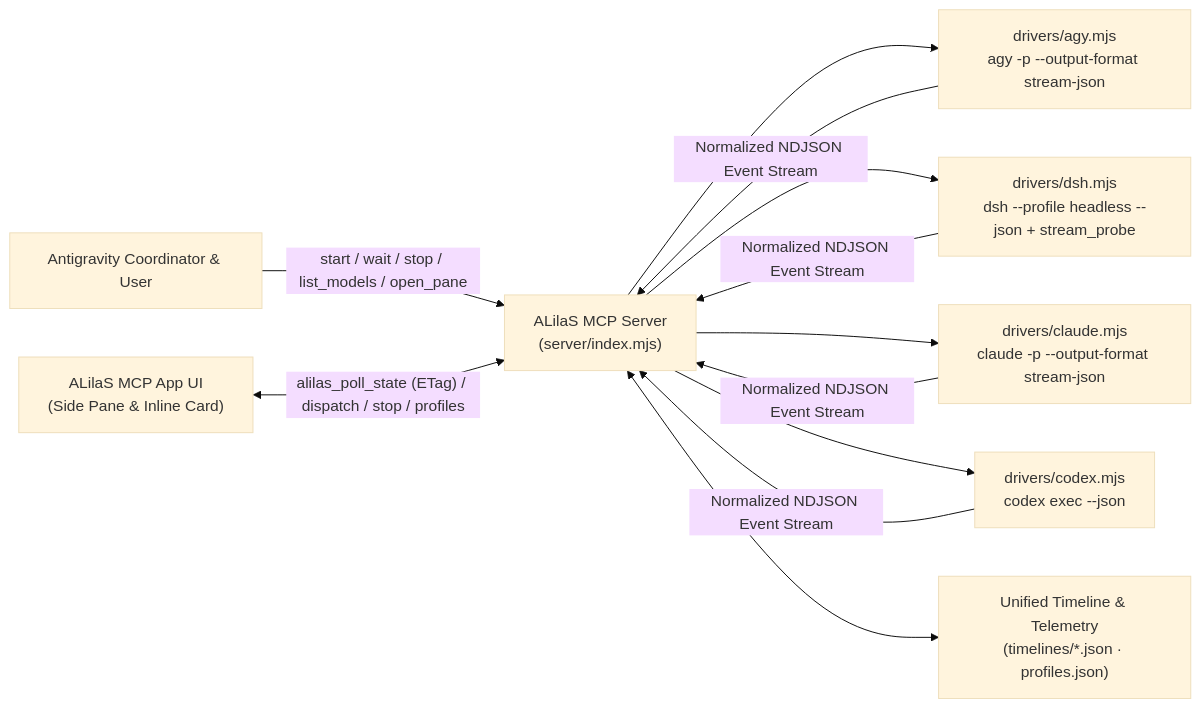
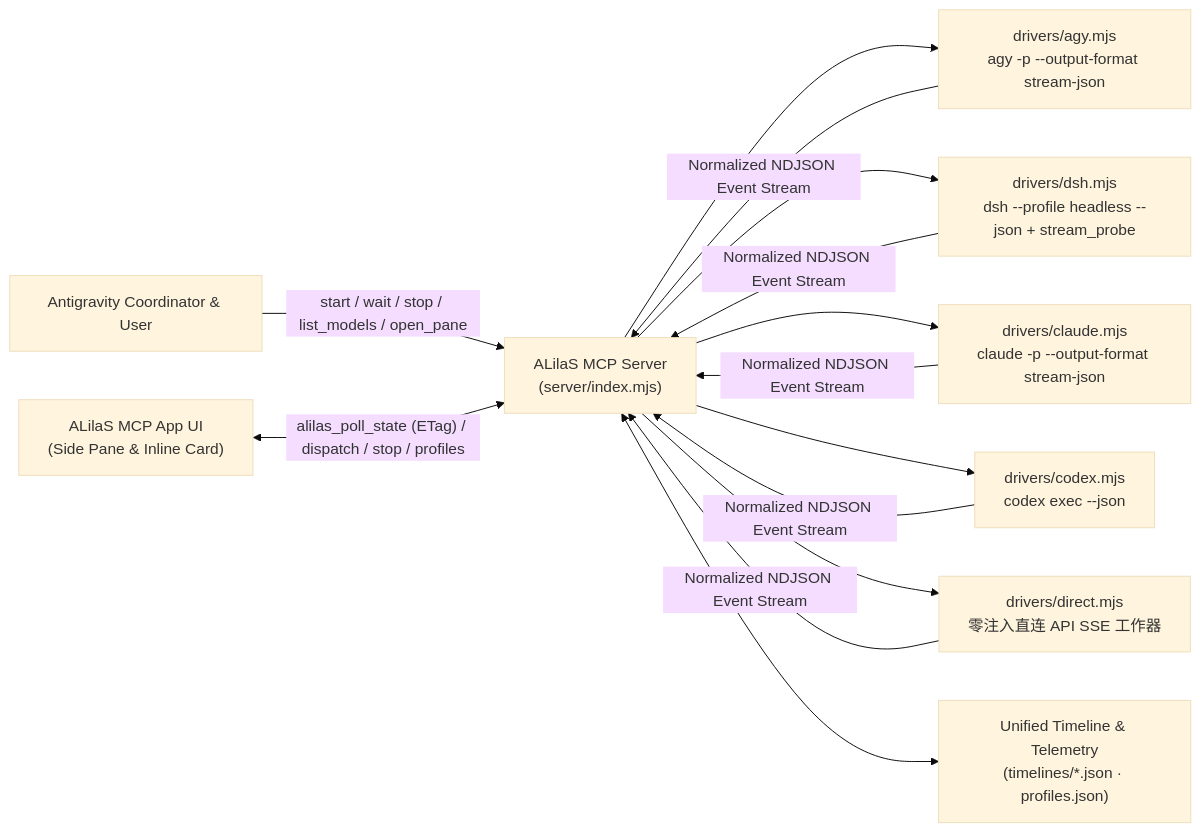
Before and after one commit to AsahiYi/ALilaS: the diagram in README.zh-CN.md, drawn with Mermaid (base theme). The commit also changed other lines of this file and 18 other files, not shown here.

First line of the commit message:
feat(v3.3.0): add zero-injection Direct API engine, DSH fidelity fixes, and system-injection card distinction

````diff
--- a/README.zh-CN.md
+++ b/README.zh-CN.md
@@ -65,18 +66,19 @@
 ```mermaid
 flowchart LR
     Coord["Antigravity Coordinator & User"]
     MCP["ALilaS MCP Server<br/>(server/index.mjs)"]
     UI["ALilaS MCP App UI<br/>(Side Pane & Inline Card)"]
     Store["Unified Timeline & Telemetry<br/>(timelines/*.json · profiles.json)"]
 
     D1["drivers/agy.mjs<br/>agy -p --output-format stream-json"]
     D2["drivers/dsh.mjs<br/>dsh --profile headless --json + stream_probe"]
     D3["drivers/claude.mjs<br/>claude -p --output-format stream-json"]
     D4["drivers/codex.mjs<br/>codex exec --json"]
+    D5["drivers/direct.mjs<br/>零注入直连 API SSE 工作器"]
 
     Coord -->|"start / wait / stop / list_models / open_pane"| MCP
-    MCP --> D1 & D2 & D3 & D4
-    D1 & D2 & D3 & D4 -->|"Normalized NDJSON Event Stream"| MCP
+    MCP --> D1 & D2 & D3 & D4 & D5
+    D1 & D2 & D3 & D4 & D5 -->|"Normalized NDJSON Event Stream"| MCP
     MCP <--> Store
     UI <-->|"alilas_poll_state (ETag) / dispatch / stop / profiles"| MCP
 ```
````
